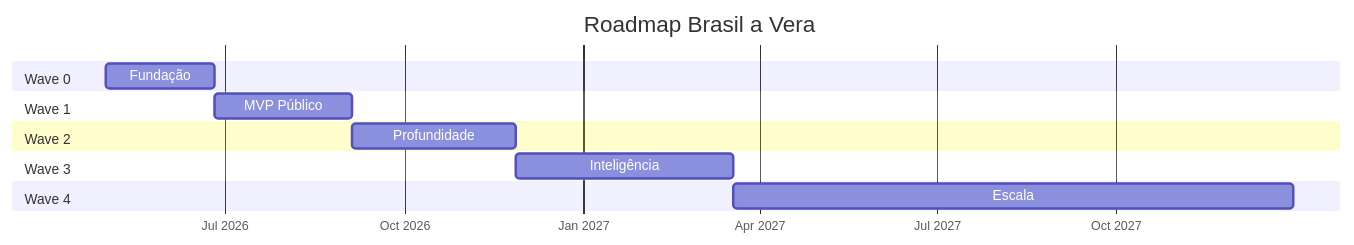
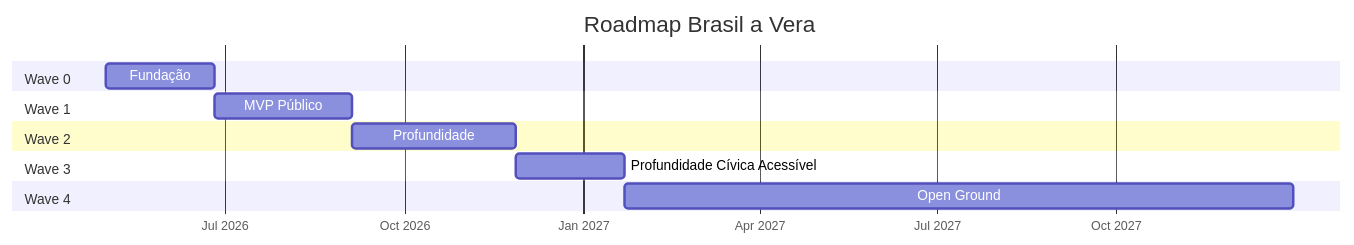
One commit to FabioCaffarello/brasil-a-vera changed the first of 2 diagrams in docs/product/ROADMAP.md. Above: the diagram before and after it, drawn with Mermaid. The commit also changed other lines of this file, not shown here.

First line of the commit message:
docs(roadmap): replan Wave 3 to Profundidade Cívica Acessível

````diff
--- a/docs/product/ROADMAP.md
+++ b/docs/product/ROADMAP.md
@@ -25,21 +25,21 @@
 ```mermaid
 gantt
     title Roadmap Brasil a Vera
     dateFormat  YYYY-MM-DD
     axisFormat  %b %Y
 
     section Wave 0
     Fundação           :w0, 2026-05-01, 8w
 
     section Wave 1
     MVP Público        :w1, after w0, 10w
 
     section Wave 2
     Profundidade       :w2, after w1, 12w
 
     section Wave 3
-    Inteligência       :w3, after w2, 16w
+    Profundidade Cívica Acessível :w3, after w2, 8w
 
     section Wave 4
-    Escala             :w4, after w3, 2027-12-31
+    Open Ground        :w4, after w3, 2027-12-31
 ```
````
